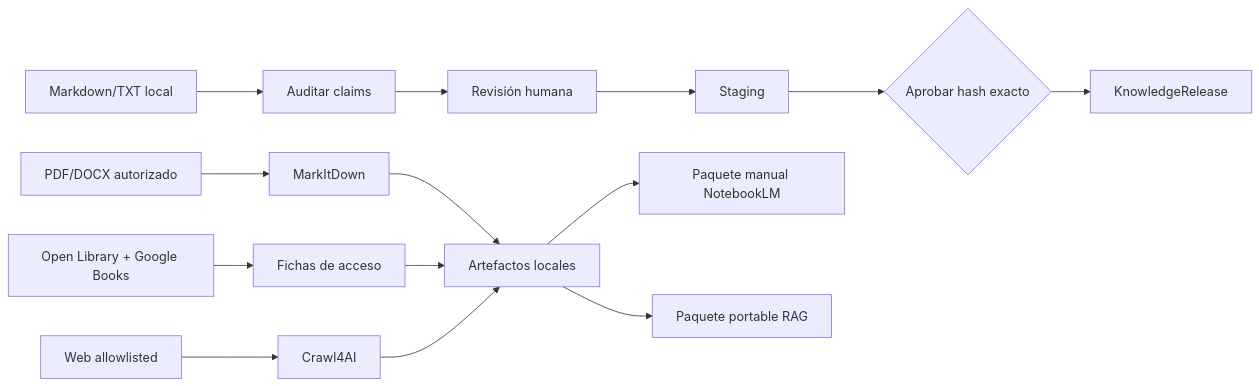
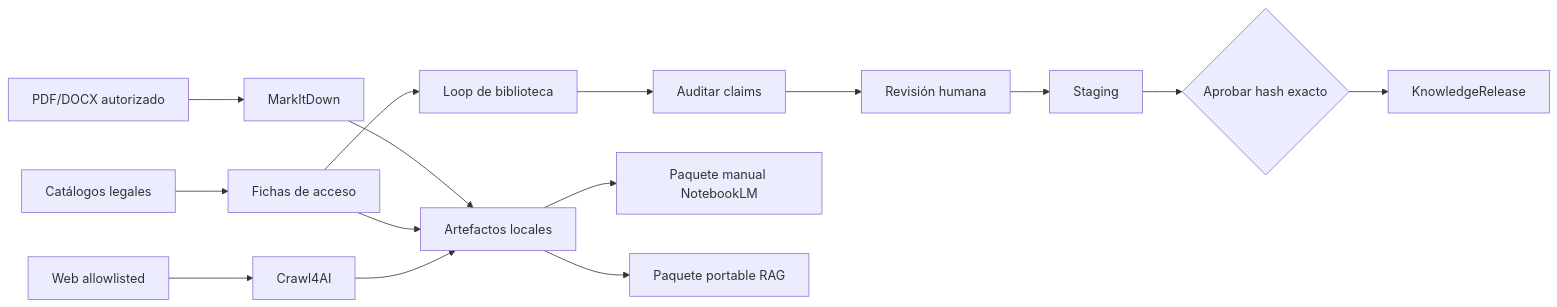
One commit to Cristrva1/BL_Loops changed the diagram in 13-sales-knowledge-curator/docs/humano/README.md. Above: the diagram before and after it, drawn with Mermaid. The commit also changed other lines of this file and 366 other files, not shown here.

````diff
--- a/13-sales-knowledge-curator/docs/humano/README.md
+++ b/13-sales-knowledge-curator/docs/humano/README.md
@@ -11,17 +11,18 @@
 ```mermaid
 flowchart LR
     L[Markdown/TXT local] --> A[Auditar claims]
     A --> H[Revisión humana]
     H --> S[Staging]
     S --> C{Aprobar hash exacto}
     C --> R[KnowledgeRelease]
 
     D[PDF/DOCX autorizado] --> M[MarkItDown]
-    O[Open Library + Google Books] --> B[Fichas de acceso]
+    O[Catálogos legales] --> B[Fichas de acceso]
+    B --> L[Loop de biblioteca]
     W[Web allowlisted] --> X[Crawl4AI]
     M --> E[Artefactos locales]
     B --> E
     X --> E
     E --> N[Paquete manual NotebookLM]
     E --> P[Paquete portable RAG]
 ```
````
